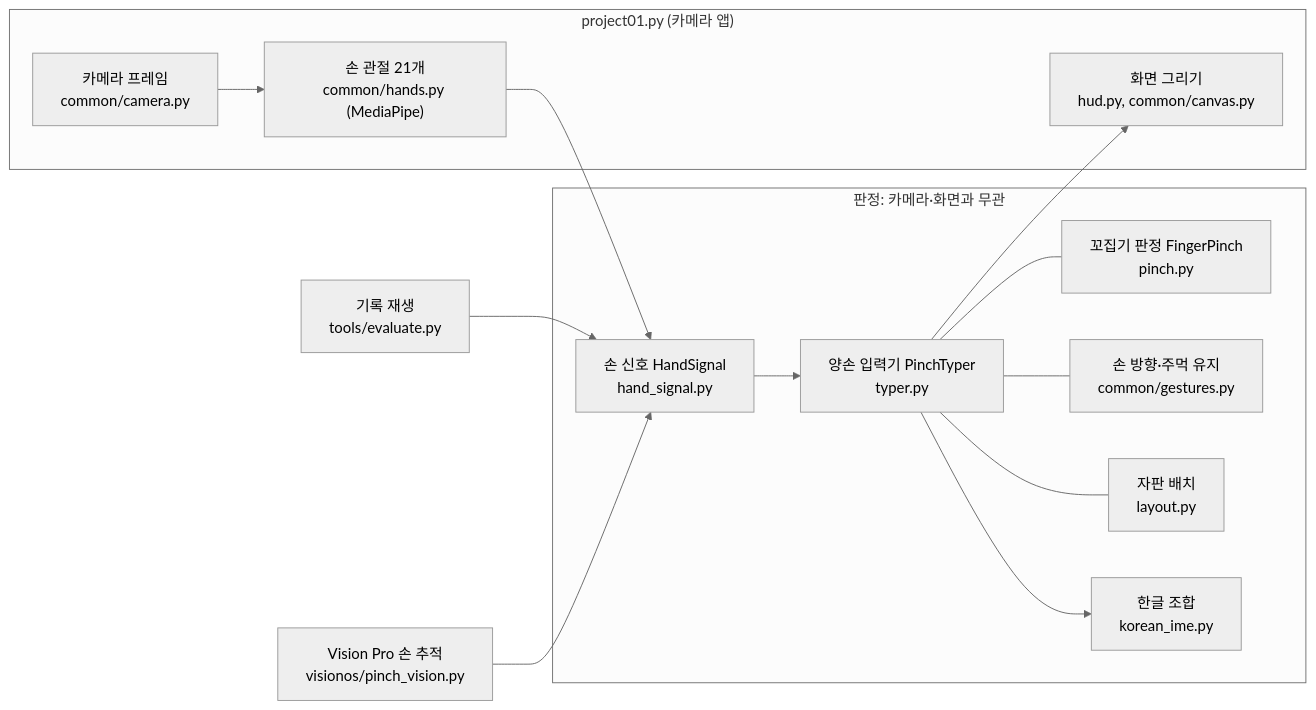
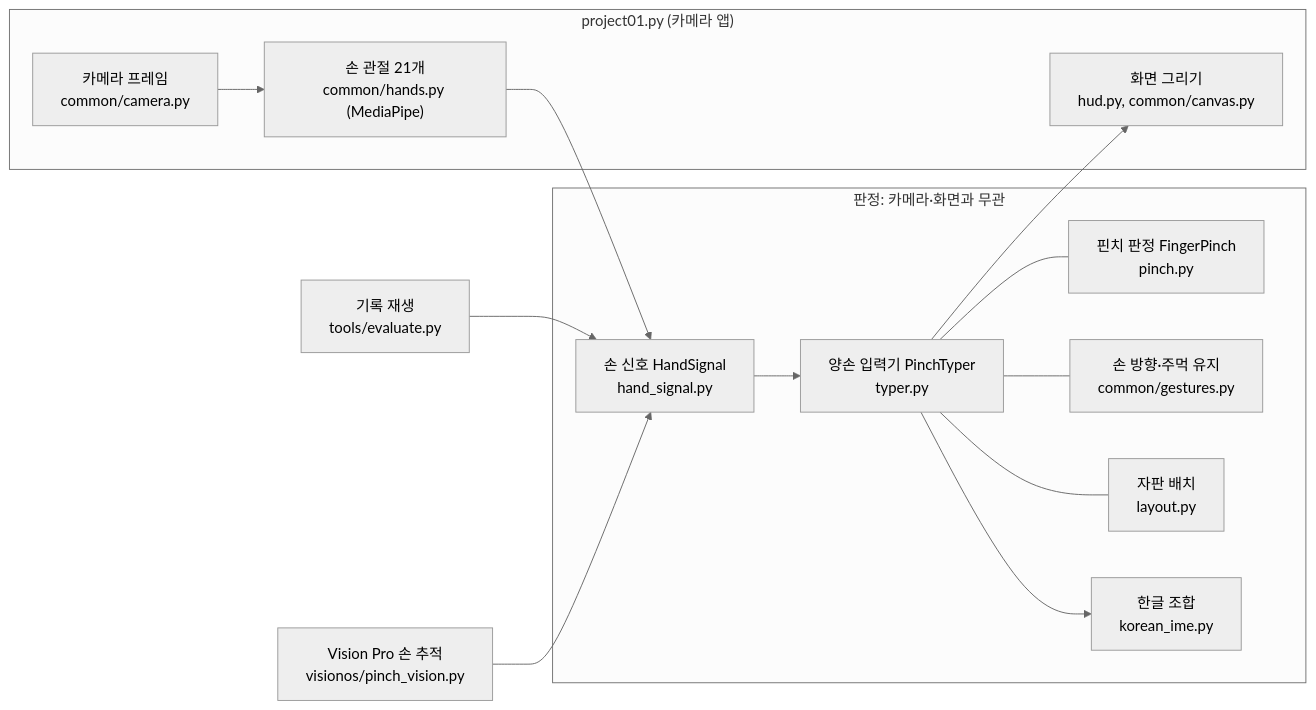
The first of 2 diagrams in Project01/README.md (Nedian0Brien/OndeviceAI_Lecture), drawn with Mermaid (neutral theme) before and after one commit. The commit also changed other lines of this file, not shown here.

Commit message:
docs: README의 '꼬집기' 표현을 '핀치'로 통일

````diff
--- a/Project01/README.md
+++ b/Project01/README.md
@@ -52,18 +52,18 @@
 ```mermaid
 flowchart LR
     subgraph APP["project01.py (카메라 앱)"]
         CAM["카메라 프레임<br/>common/camera.py"] --> DET["손 관절 21개<br/>common/hands.py (MediaPipe)"]
         HUD["화면 그리기<br/>hud.py, common/canvas.py"]
     end
     subgraph CORE["판정: 카메라·화면과 무관"]
         SIG["손 신호 HandSignal<br/>hand_signal.py"] --> TYP["양손 입력기 PinchTyper<br/>typer.py"]
-        TYP --- PIN["꼬집기 판정 FingerPinch<br/>pinch.py"]
+        TYP --- PIN["핀치 판정 FingerPinch<br/>pinch.py"]
         TYP --- GES["손 방향·주먹 유지<br/>common/gestures.py"]
         TYP --- LAY["자판 배치<br/>layout.py"]
         TYP --> IME["한글 조합<br/>korean_ime.py"]
     end
     DET --> SIG
     TYP --> HUD
     LOG["기록 재생<br/>tools/evaluate.py"] --> SIG
     VP["Vision Pro 손 추적<br/>visionos/pinch_vision.py"] --> SIG
 ```
````
